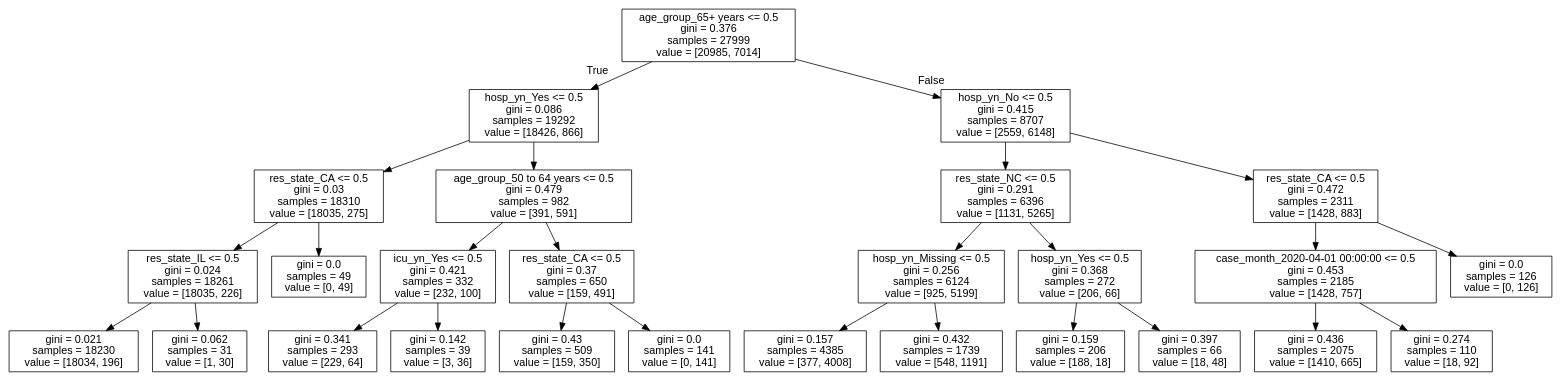
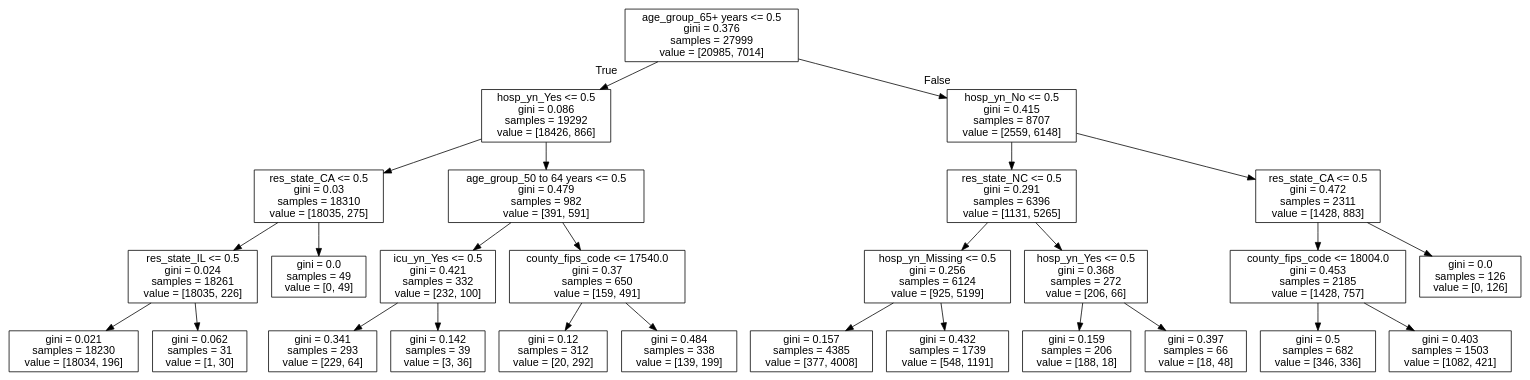
One commit to paul-od24/data_analytics_hw2 changed the diagram in DecisionTree4.dot. Above: the diagram before and after it, drawn with Graphviz. The commit also changed 3 other files, not shown here.

```diff
--- a/DecisionTree4.dot
+++ b/DecisionTree4.dot
@@ -1,57 +1,57 @@
 digraph Tree {
 node [shape=box, fontname="helvetica"] ;
 edge [fontname="helvetica"] ;
 0 [label="age_group_65+ years <= 0.5\ngini = 0.376\nsamples = 27999\nvalue = [20985, 7014]"] ;
 1 [label="hosp_yn_Yes <= 0.5\ngini = 0.086\nsamples = 19292\nvalue = [18426, 866]"] ;
 0 -> 1 [labeldistance=2.5, labelangle=45, headlabel="True"] ;
 2 [label="res_state_CA <= 0.5\ngini = 0.03\nsamples = 18310\nvalue = [18035, 275]"] ;
 1 -> 2 ;
 3 [label="res_state_IL <= 0.5\ngini = 0.024\nsamples = 18261\nvalue = [18035, 226]"] ;
 2 -> 3 ;
 4 [label="gini = 0.021\nsamples = 18230\nvalue = [18034, 196]"] ;
 3 -> 4 ;
 5 [label="gini = 0.062\nsamples = 31\nvalue = [1, 30]"] ;
 3 -> 5 ;
 6 [label="gini = 0.0\nsamples = 49\nvalue = [0, 49]"] ;
 2 -> 6 ;
 7 [label="age_group_50 to 64 years <= 0.5\ngini = 0.479\nsamples = 982\nvalue = [391, 591]"] ;
 1 -> 7 ;
 8 [label="icu_yn_Yes <= 0.5\ngini = 0.421\nsamples = 332\nvalue = [232, 100]"] ;
 7 -> 8 ;
 9 [label="gini = 0.341\nsamples = 293\nvalue = [229, 64]"] ;
 8 -> 9 ;
 10 [label="gini = 0.142\nsamples = 39\nvalue = [3, 36]"] ;
 8 -> 10 ;
-11 [label="res_state_CA <= 0.5\ngini = 0.37\nsamples = 650\nvalue = [159, 491]"] ;
+11 [label="county_fips_code <= 17540.0\ngini = 0.37\nsamples = 650\nvalue = [159, 491]"] ;
 7 -> 11 ;
-12 [label="gini = 0.43\nsamples = 509\nvalue = [159, 350]"] ;
+12 [label="gini = 0.12\nsamples = 312\nvalue = [20, 292]"] ;
 11 -> 12 ;
-13 [label="gini = 0.0\nsamples = 141\nvalue = [0, 141]"] ;
+13 [label="gini = 0.484\nsamples = 338\nvalue = [139, 199]"] ;
 11 -> 13 ;
 14 [label="hosp_yn_No <= 0.5\ngini = 0.415\nsamples = 8707\nvalue = [2559, 6148]"] ;
 0 -> 14 [labeldistance=2.5, labelangle=-45, headlabel="False"] ;
 15 [label="res_state_NC <= 0.5\ngini = 0.291\nsamples = 6396\nvalue = [1131, 5265]"] ;
 14 -> 15 ;
 16 [label="hosp_yn_Missing <= 0.5\ngini = 0.256\nsamples = 6124\nvalue = [925, 5199]"] ;
 15 -> 16 ;
 17 [label="gini = 0.157\nsamples = 4385\nvalue = [377, 4008]"] ;
 16 -> 17 ;
 18 [label="gini = 0.432\nsamples = 1739\nvalue = [548, 1191]"] ;
 16 -> 18 ;
 19 [label="hosp_yn_Yes <= 0.5\ngini = 0.368\nsamples = 272\nvalue = [206, 66]"] ;
 15 -> 19 ;
 20 [label="gini = 0.159\nsamples = 206\nvalue = [188, 18]"] ;
 19 -> 20 ;
 21 [label="gini = 0.397\nsamples = 66\nvalue = [18, 48]"] ;
 19 -> 21 ;
 22 [label="res_state_CA <= 0.5\ngini = 0.472\nsamples = 2311\nvalue = [1428, 883]"] ;
 14 -> 22 ;
-23 [label="case_month_2020-04-01 00:00:00 <= 0.5\ngini = 0.453\nsamples = 2185\nvalue = [1428, 757]"] ;
+23 [label="county_fips_code <= 18004.0\ngini = 0.453\nsamples = 2185\nvalue = [1428, 757]"] ;
 22 -> 23 ;
-24 [label="gini = 0.436\nsamples = 2075\nvalue = [1410, 665]"] ;
+24 [label="gini = 0.5\nsamples = 682\nvalue = [346, 336]"] ;
 23 -> 24 ;
-25 [label="gini = 0.274\nsamples = 110\nvalue = [18, 92]"] ;
+25 [label="gini = 0.403\nsamples = 1503\nvalue = [1082, 421]"] ;
 23 -> 25 ;
 26 [label="gini = 0.0\nsamples = 126\nvalue = [0, 126]"] ;
 22 -> 26 ;
 }
```
